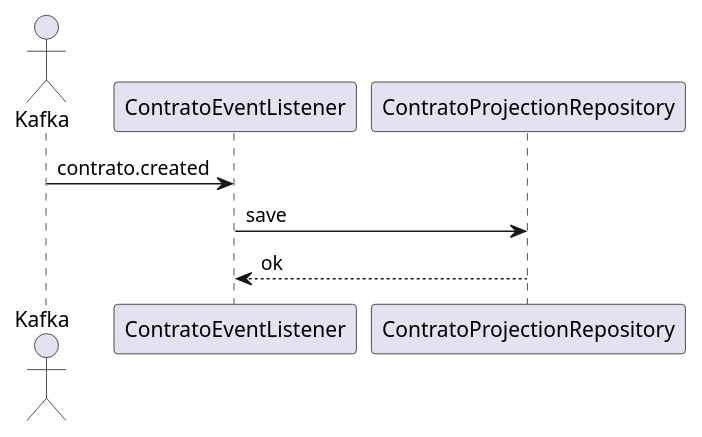
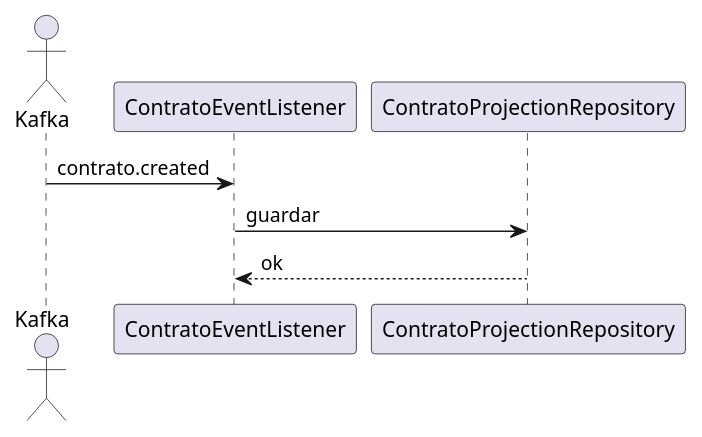
The diagram in servicio-consultas/docs/uml/local/sequence/kafka_ingest_sequence.puml (msamia/rrhh), drawn with PlantUML before and after one commit. The commit also changed 26 other files, not shown here.

Commit message:
docs: corregir y ampliar diagramas UML

```diff
--- a/servicio-consultas/docs/uml/local/sequence/kafka_ingest_sequence.puml
+++ b/servicio-consultas/docs/uml/local/sequence/kafka_ingest_sequence.puml
@@ -1,6 +1,6 @@
 @startuml
 actor Kafka
 Kafka -> ContratoEventListener : contrato.created
-ContratoEventListener -> ContratoProjectionRepository : save
+ContratoEventListener -> ContratoProjectionRepository : guardar
 ContratoProjectionRepository --> ContratoEventListener : ok
 @enduml
```
